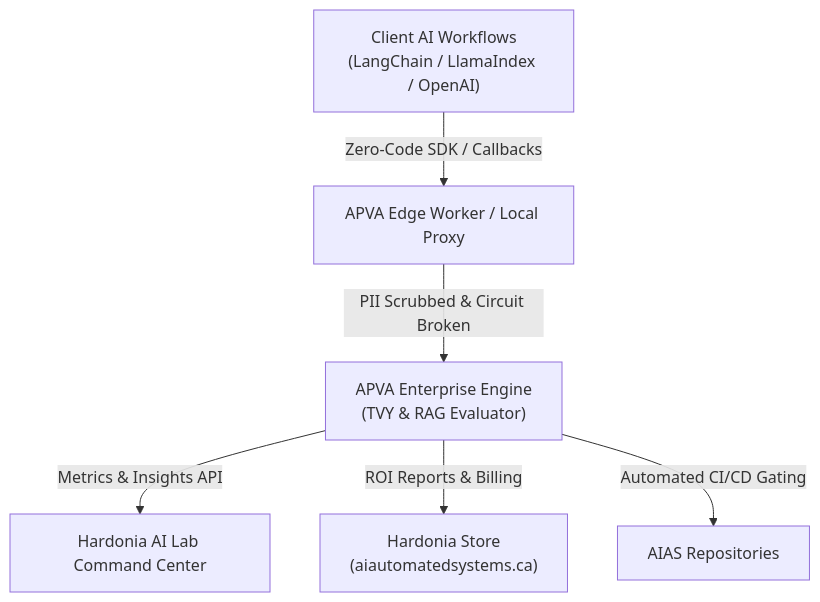
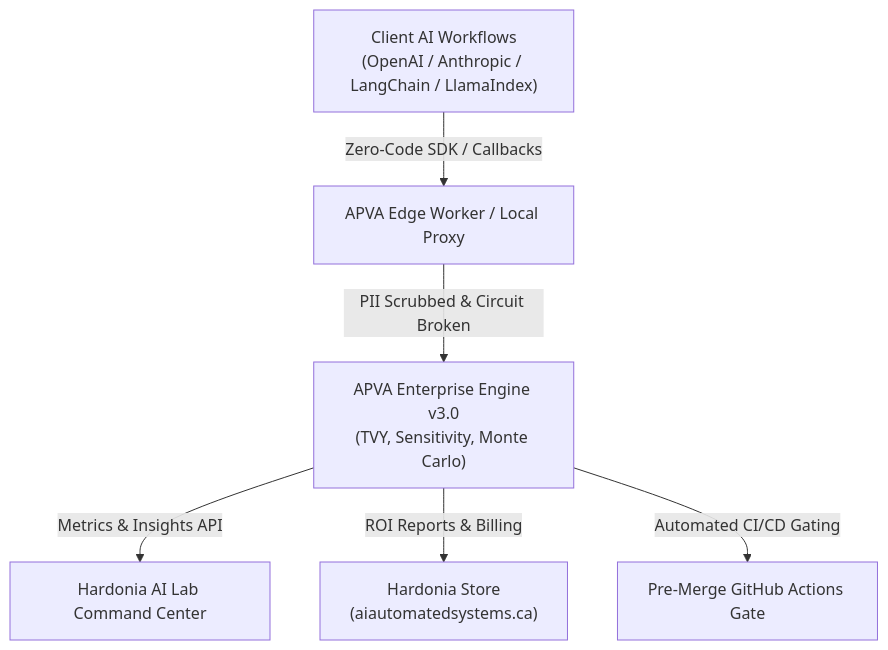
One commit to Hardonian/apva-framework changed the diagram in README.md. Above: the diagram before and after it, drawn with Mermaid. The commit also changed other lines of this file and 26 other files, not shown here.

Commit message:
feat: initialize APVA framework SDK, CLI, documentation, and evaluation dataset infrastructure

````diff
--- a/README.md
+++ b/README.md
@@ -13,8 +13,8 @@
 ```mermaid
 graph TD
-    A["Client AI Workflows<br/>(LangChain / LlamaIndex / OpenAI)"] -->|"Zero-Code SDK / Callbacks"| B["APVA Edge Worker / Local Proxy"]
-    B -->|"PII Scrubbed & Circuit Broken"| C["APVA Enterprise Engine<br/>(TVY & RAG Evaluator)"]
+    A["Client AI Workflows<br/>(OpenAI / Anthropic / LangChain / LlamaIndex)"] -->|"Zero-Code SDK / Callbacks"| B["APVA Edge Worker / Local Proxy"]
+    B -->|"PII Scrubbed & Circuit Broken"| C["APVA Enterprise Engine v3.0<br/>(TVY, Sensitivity, Monte Carlo)"]
     C -->|"Metrics & Insights API"| D["Hardonia AI Lab Command Center"]
     C -->|"ROI Reports & Billing"| E["Hardonia Store<br/>(aiautomatedsystems.ca)"]
-    C -->|"Automated CI/CD Gating"| F["AIAS Repositories"]
+    C -->|"Automated CI/CD Gating"| F["Pre-Merge GitHub Actions Gate"]
 ```
````
